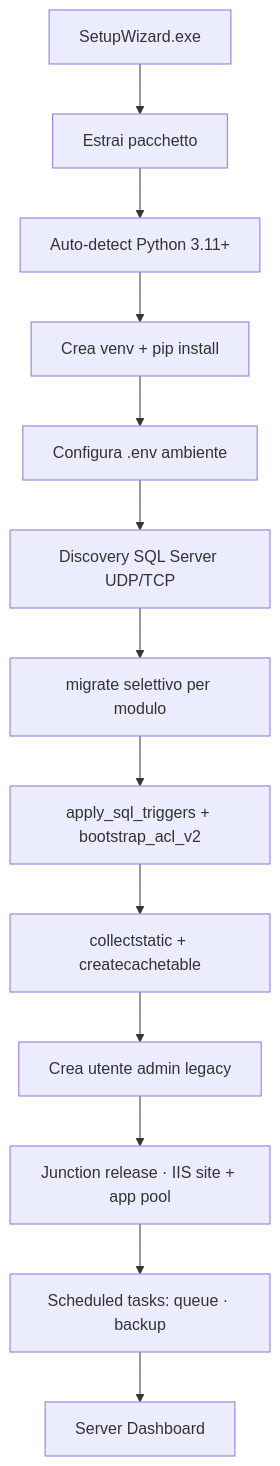
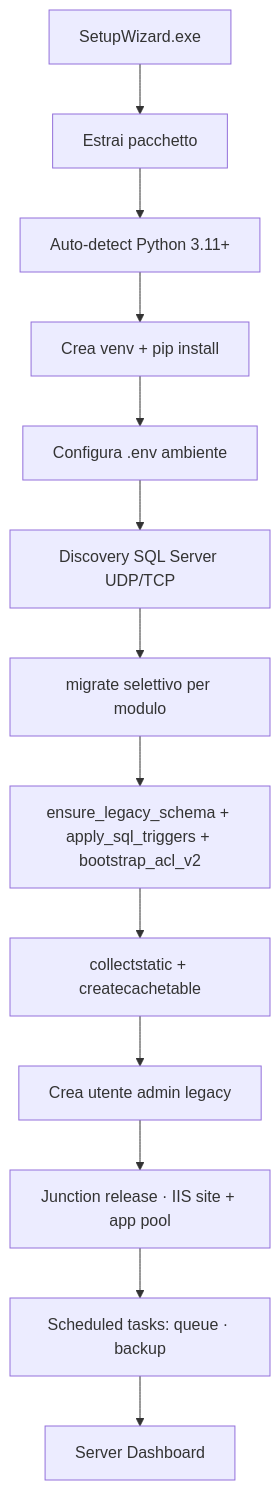
One commit to brividich/CRM-Brizio changed the third of 3 diagrams in README.md. Above: the diagram before and after it, drawn with Mermaid. The commit also changed other lines of this file and 56 other files, not shown here.

````diff
--- a/README.md
+++ b/README.md
@@ -700,15 +704,15 @@
 ```mermaid
 graph TD
     A[SetupWizard.exe] --> B[Estrai pacchetto]
     B --> C[Auto-detect Python 3.11+]
     C --> D[Crea venv + pip install]
     D --> E[Configura .env ambiente]
     E --> F[Discovery SQL Server UDP/TCP]
     F --> G[migrate selettivo per modulo]
-    G --> H[apply_sql_triggers + bootstrap_acl_v2]
+    G --> H[ensure_legacy_schema + apply_sql_triggers + bootstrap_acl_v2]
     H --> I[collectstatic + createcachetable]
     I --> J[Crea utente admin legacy]
     J --> K[Junction release · IIS site + app pool]
     K --> L[Scheduled tasks: queue · backup]
     L --> M[Server Dashboard]
 ```
````
